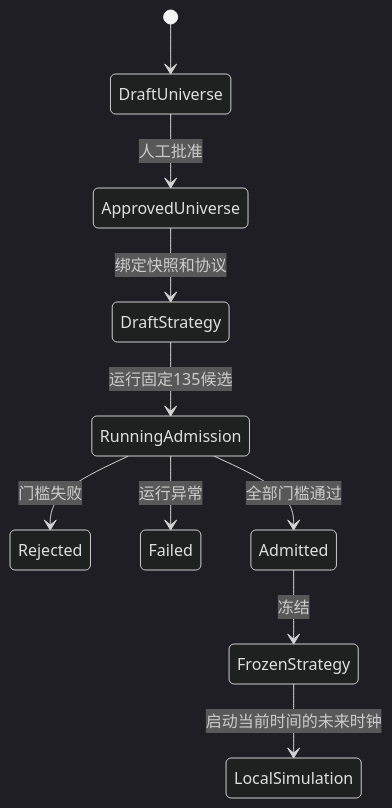
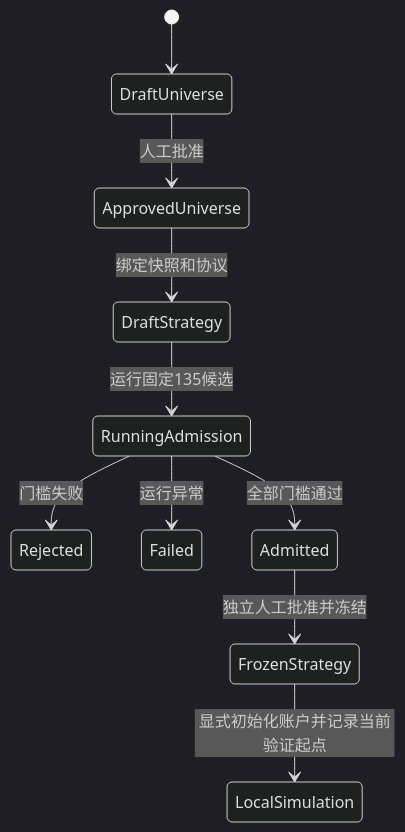
One commit to AydanLi/quant_investment changed the second of 3 diagrams in quant_system_architecture_overview.md. Above: the diagram before and after it, drawn with Mermaid (dark theme). The commit also changed other lines of this file and 83 other files, not shown here.

````diff
--- a/quant_system_architecture_overview.md
+++ b/quant_system_architecture_overview.md
@@ -234,12 +246,12 @@
 ```mermaid
 stateDiagram-v2
     [*] --> DraftUniverse
     DraftUniverse --> ApprovedUniverse: 人工批准
     ApprovedUniverse --> DraftStrategy: 绑定快照和协议
     DraftStrategy --> RunningAdmission: 运行固定135候选
     RunningAdmission --> Rejected: 门槛失败
     RunningAdmission --> Failed: 运行异常
     RunningAdmission --> Admitted: 全部门槛通过
-    Admitted --> FrozenStrategy: 冻结
-    FrozenStrategy --> LocalSimulation: 启动当前时间的未来时钟
+    Admitted --> FrozenStrategy: 独立人工批准并冻结
+    FrozenStrategy --> LocalSimulation: 显式初始化账户并记录当前验证起点
 ```
````
